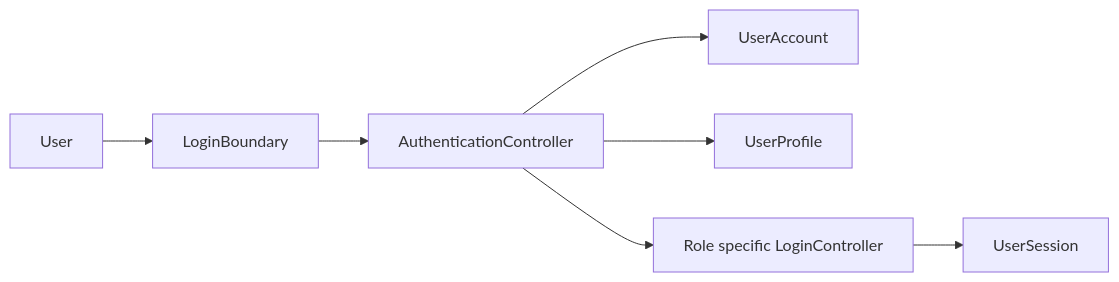
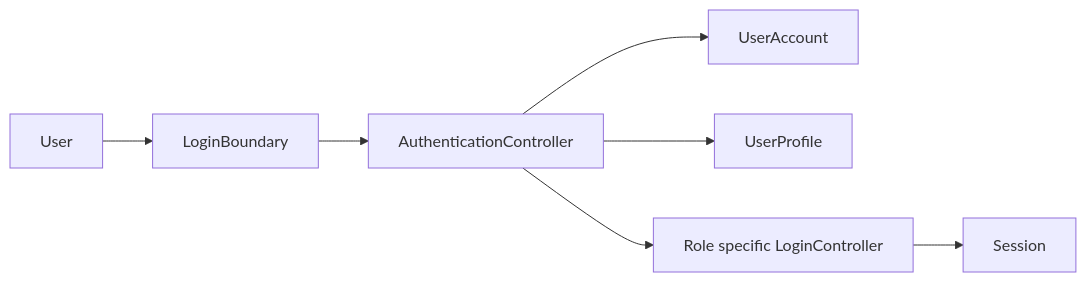
One commit to boyinapuddle/CSIT314-Chinese changed the first of 2 diagrams in interior_platform/docs/login_bce_sequence.md. Above: the diagram before and after it, drawn with Mermaid. The commit also changed other lines of this file and 163 other files, not shown here.

Commit message:
added bce diagrams, and 2 new user stories

````diff
--- a/interior_platform/docs/login_bce_sequence.md
+++ b/interior_platform/docs/login_bce_sequence.md
@@ -5,9 +5,9 @@
 ```mermaid
 flowchart LR
     Actor[User] --> Boundary[LoginBoundary]
     Boundary --> Control[AuthenticationController]
     Control --> Account[UserAccount]
     Control --> Profile[UserProfile]
     Control --> RoleControl[Role specific LoginController]
-    RoleControl --> Session[UserSession]
+    RoleControl --> Session[Session]
 ```
````
